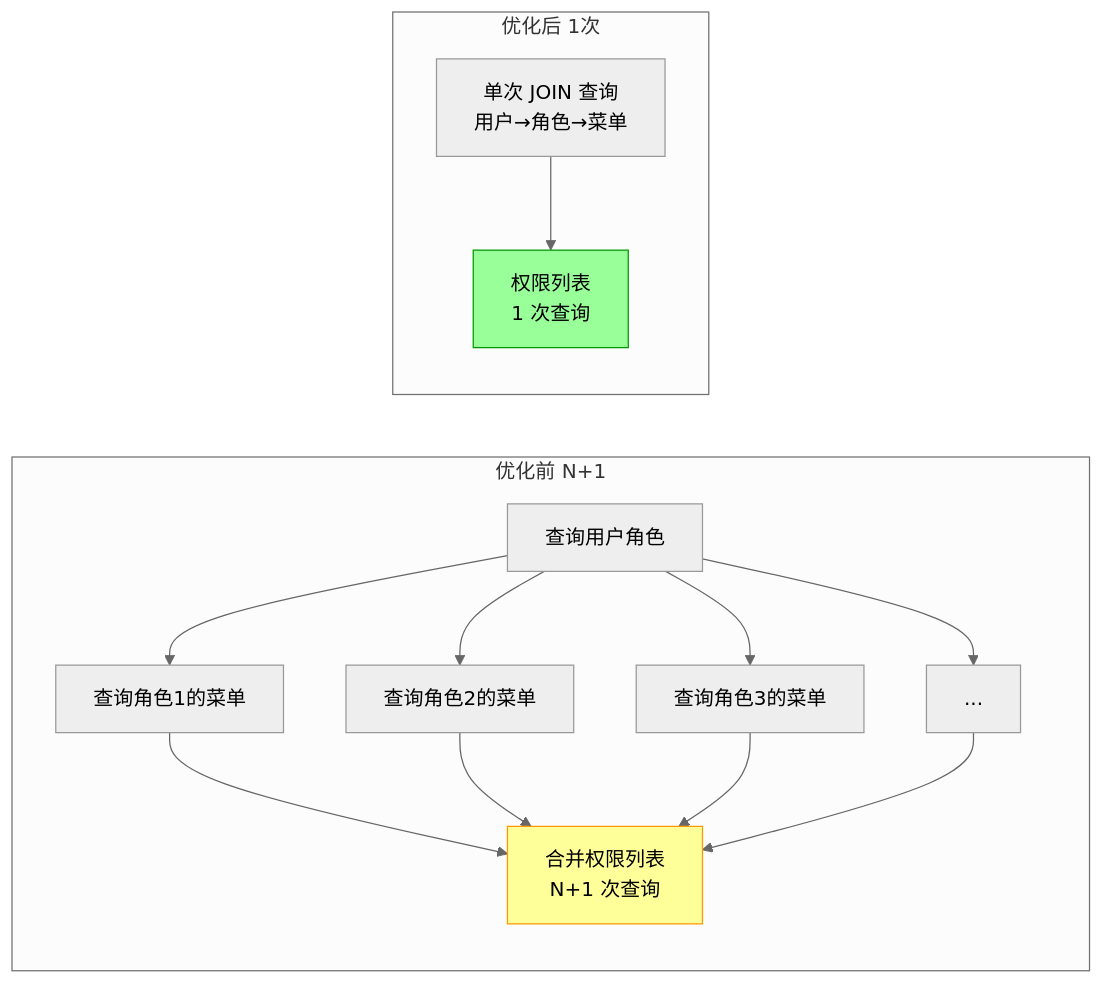
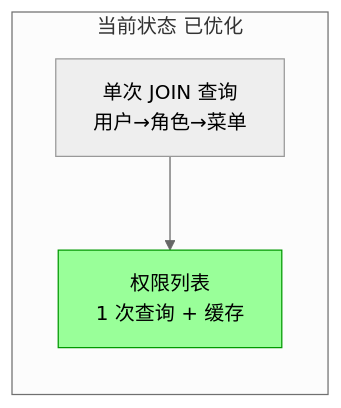
The fifth of 8 diagrams in service/docs/design/大型项目演进路线图.md (taoweidong/Hello-FastApi), drawn with Mermaid (neutral theme) before and after one commit. The commit also changed other lines of this file and 22 other files, not shown here.

````diff
--- a/service/docs/design/大型项目演进路线图.md
+++ b/service/docs/design/大型项目演进路线图.md
@@ -200,17 +192,8 @@
 ```mermaid
 flowchart LR
-    subgraph 优化前 N+1
-        A1[查询用户角色] --> B1[查询角色1的菜单]
-        A1 --> C1[查询角色2的菜单]
-        A1 --> D1[查询角色3的菜单]
-        A1 --> E1[...]
-        B1 & C1 & D1 & E1 --> F1[合并权限列表<br/>N+1 次查询]
+    subgraph 当前状态 已优化
+        A2[单次 JOIN 查询<br/>用户→角色→菜单] --> B2[权限列表<br/>1 次查询 + 缓存]
     end
 
-    subgraph 优化后 1次
-        A2[单次 JOIN 查询<br/>用户→角色→菜单] --> B2[权限列表<br/>1 次查询]
-    end
-
-    style F1 fill:#ff9,stroke:#f90
     style B2 fill:#9f9,stroke:#090
 ```
````
